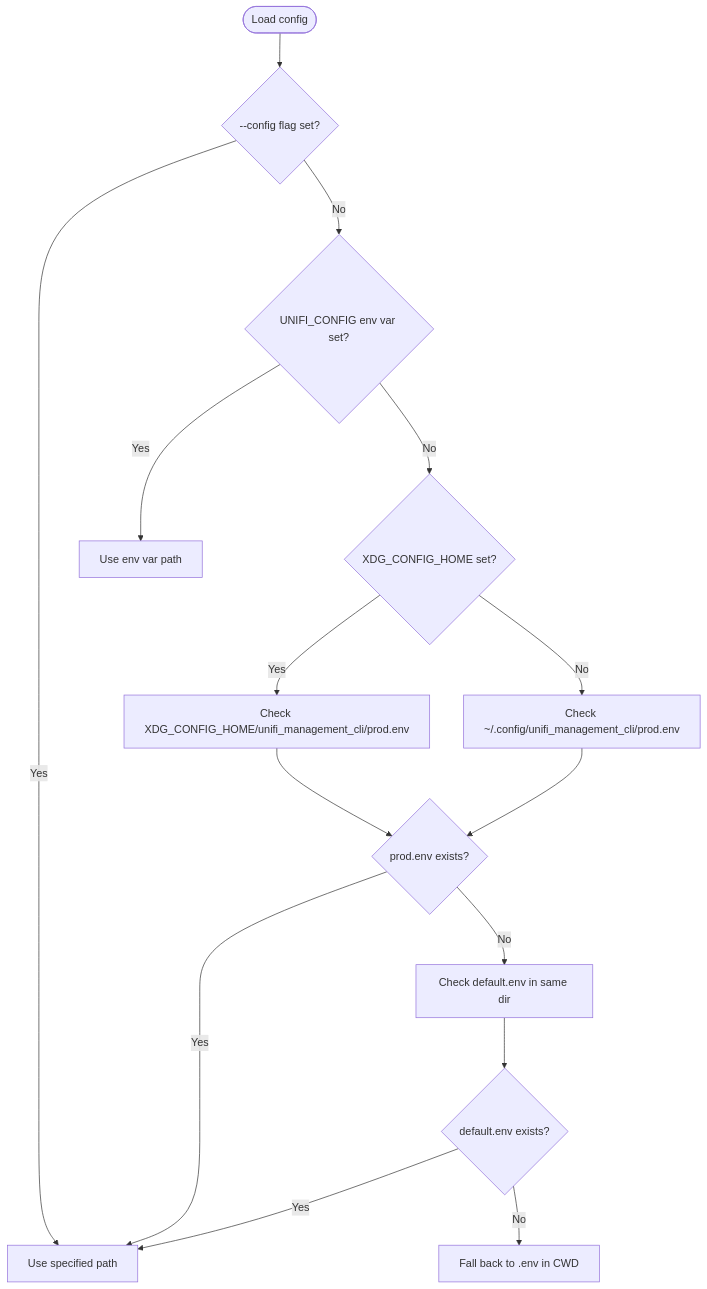
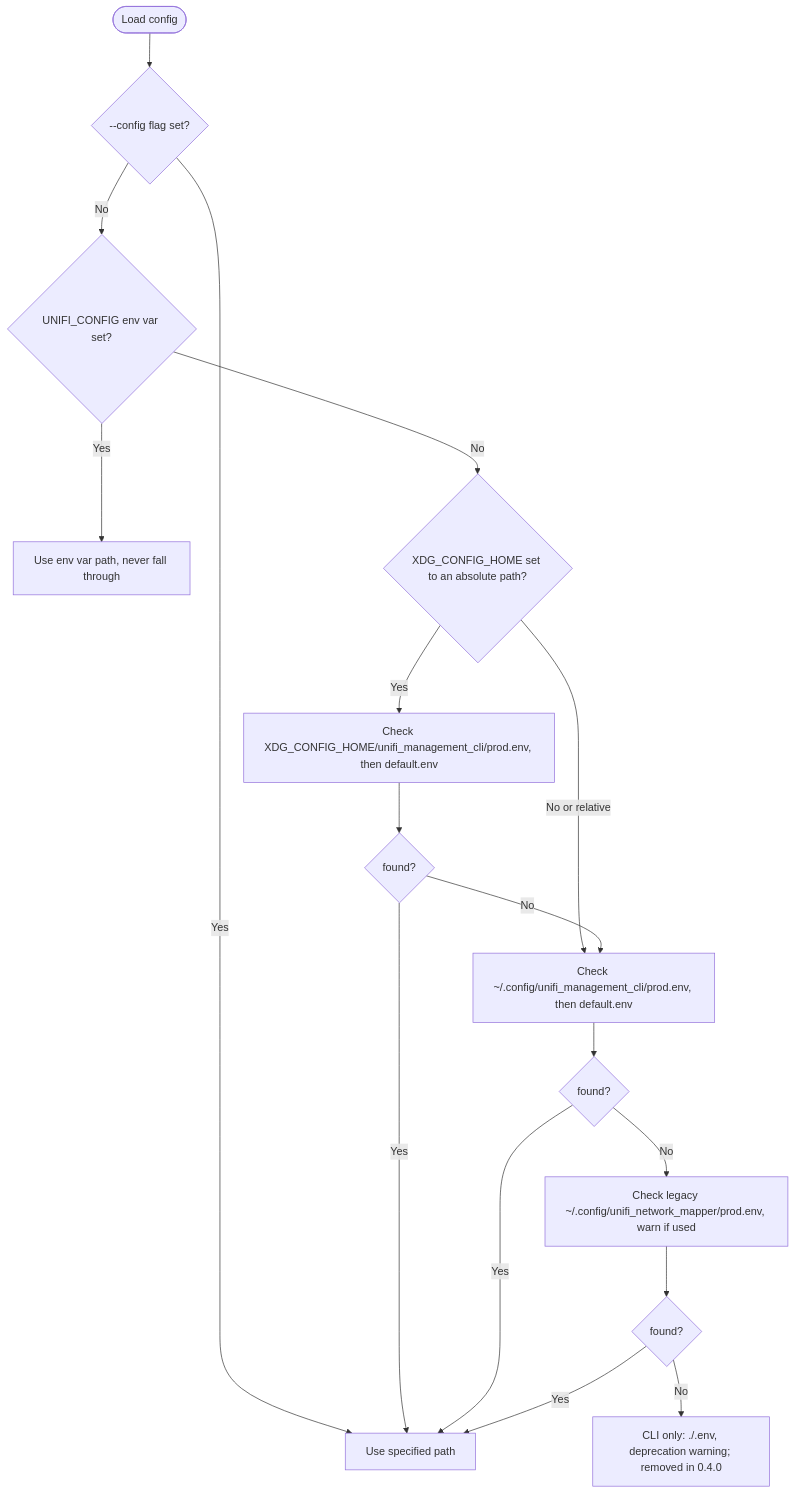
Diagram 18 of 20 in docs/guides/use-cases-and-howto.md (NetDevAutomate/unifi_management_cli), drawn with Mermaid before and after one commit. The commit also changed other lines of this file and 16 other files, not shown here.

First line of the commit message:
fix(config): one shared config search for the CLI and the MCP server (issues 048, 068)

````diff
--- a/docs/guides/use-cases-and-howto.md
+++ b/docs/guides/use-cases-and-howto.md
@@ -1758,17 +1763,19 @@
 ```mermaid
 flowchart TD
     A([Load config]) --> B{--config flag set?}
     B -->|Yes| C[Use specified path]
     B -->|No| D{UNIFI_CONFIG env var set?}
-    D -->|Yes| E[Use env var path]
-    D -->|No| F{XDG_CONFIG_HOME set?}
-    F -->|Yes| G[Check XDG_CONFIG_HOME/unifi_management_cli/prod.env]
-    F -->|No| H[Check ~/.config/unifi_management_cli/prod.env]
-    G --> I{prod.env exists?}
-    H --> I
+    D -->|Yes| E[Use env var path, never fall through]
+    D -->|No| F{XDG_CONFIG_HOME set to an absolute path?}
+    F -->|Yes| G[Check XDG_CONFIG_HOME/unifi_management_cli/prod.env, then default.env]
+    F -->|No or relative| H[Check ~/.config/unifi_management_cli/prod.env, then default.env]
+    G --> I{found?}
+    I -->|No| H
     I -->|Yes| C
-    I -->|No| J[Check default.env in same dir]
-    J --> K{default.env exists?}
+    H --> K{found?}
     K -->|Yes| C
-    K -->|No| L[Fall back to .env in CWD]
+    K -->|No| L[Check legacy ~/.config/unifi_network_mapper/prod.env, warn if used]
+    L --> M{found?}
+    M -->|Yes| C
+    M -->|No| N[CLI only: ./.env, deprecation warning; removed in 0.4.0]
 ```
````
